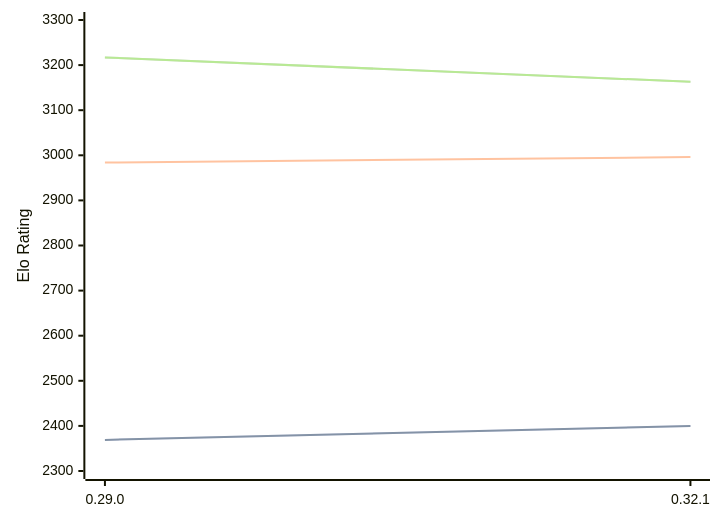
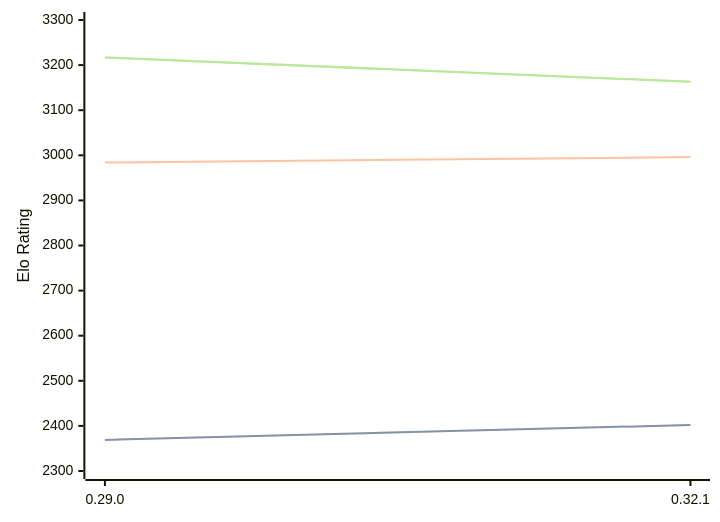
Before and after one commit to computer-chess-index/cci: the first of 3 diagrams in engines/Lc0.md, drawn with Mermaid. The commit also changed other lines of this file, not shown here.

````diff
--- a/engines/Lc0.md
+++ b/engines/Lc0.md
@@ -68,11 +68,11 @@
 ```mermaid
 %%{init: {"theme":"base","themeVariables":{"seriesColors:['#a3a3a3','#222221','#faa371']}}}%%
 xychart-beta
   x-axis ["0.29.0", "0.32.1"]
   y-axis "Elo Rating" 2300 --> 3300
-  line "STC (8.0+0.08s)" [2369, 2400]
-  line "STC (8.0+0.08s)" [2369, 2400]
+  line "STC (8.0+0.08s)" [2369, 2402]
+  line "STC (8.0+0.08s)" [2369, 2402]
   line "LTC (60.0+0.60s)" [2984, 2996]
   line "VLTC (2m24s+1.12s)" [3217, 3163]
   line "VLTC (2m24s+1.12s)" [3217, 3163]
 ```
````
